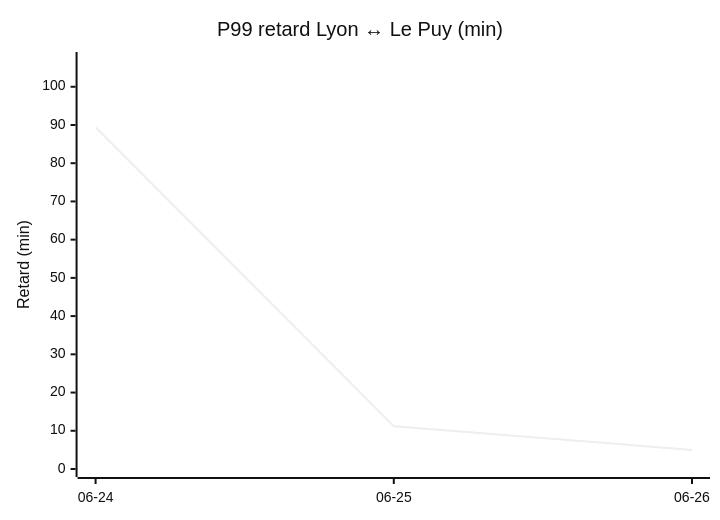
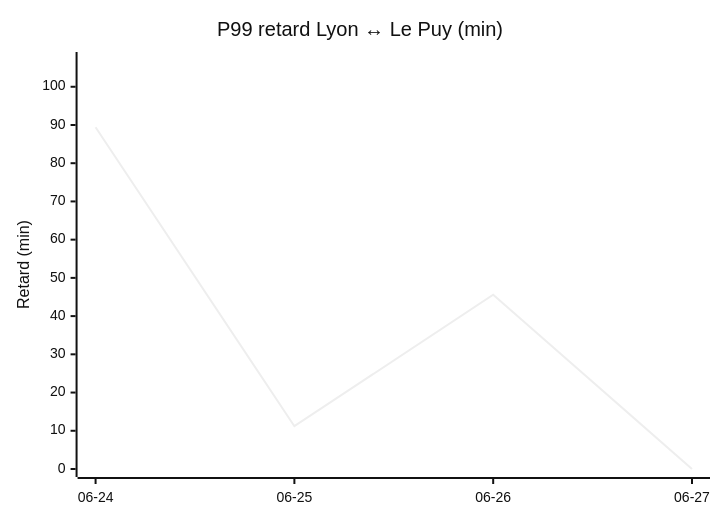
One commit to antoinerep/horaire-ter changed the fourth of 4 diagrams in STATS.md. Above: the diagram before and after it, drawn with Mermaid (neutral theme). The commit also changed other lines of this file and 1 other file, not shown here.

````diff
--- a/STATS.md
+++ b/STATS.md
@@ -85,7 +86,7 @@
 ```mermaid
 xychart-beta
     title "P99 retard Lyon ↔ Le Puy (min)"
-    x-axis ["06-24", "06-25", "06-26"]
+    x-axis ["06-24", "06-25", "06-26", "06-27"]
     y-axis "Retard (min)" 0 --> 107
-    line [89.4, 11.2, 5.0]
+    line [89.4, 11.2, 45.6, 0.0]
 ```
````
